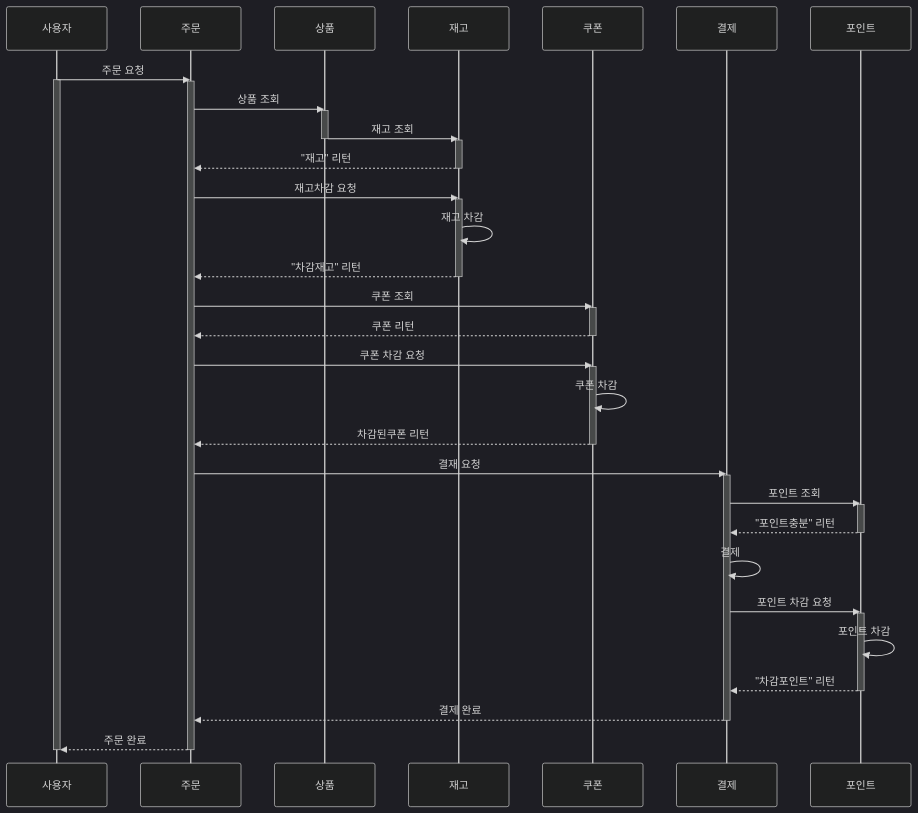
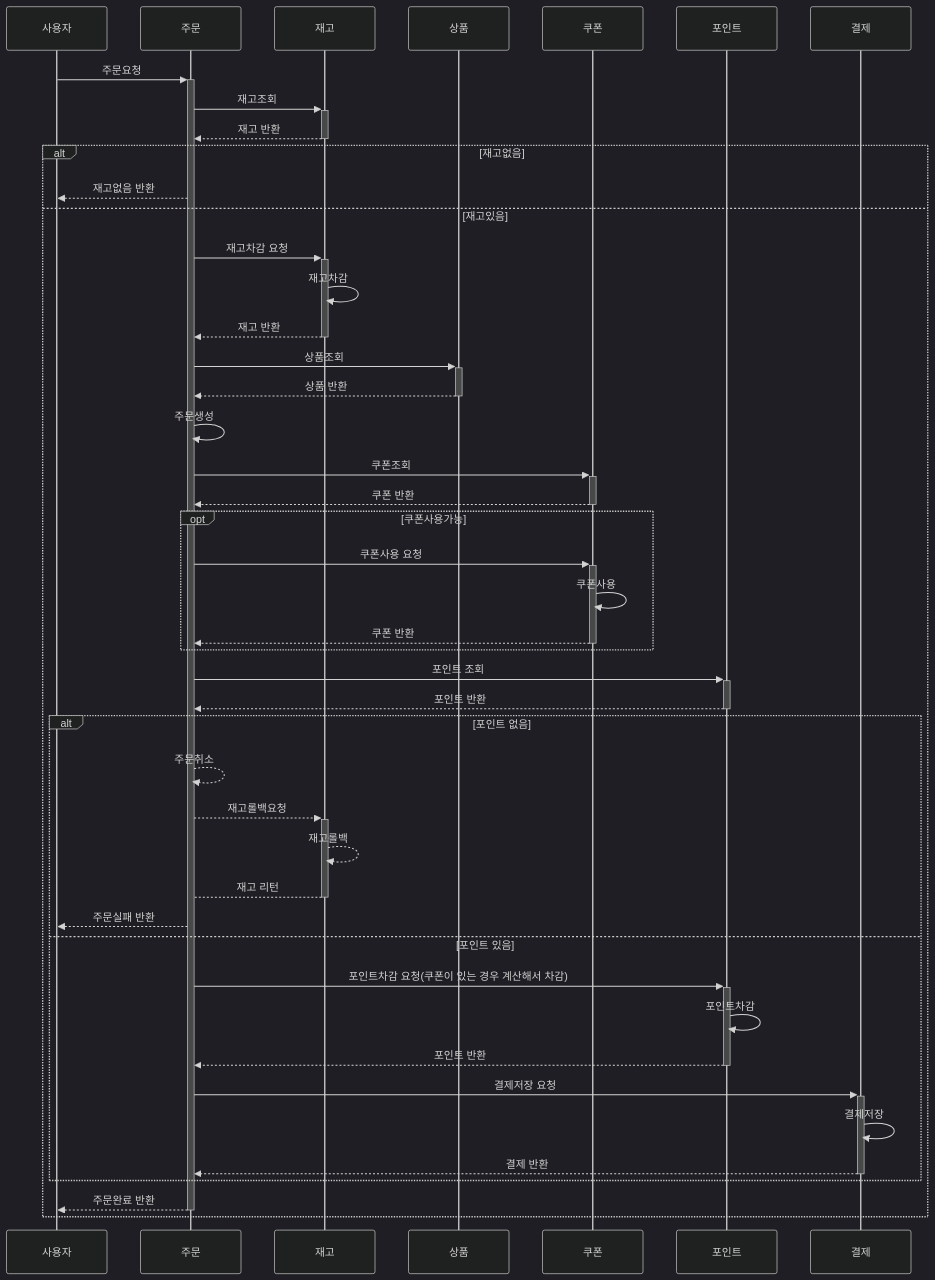
Before and after one commit to chapakook/kotlin-ecommerce: the fifth of 6 diagrams in docs/sequence-diagram.md, drawn with Mermaid (dark theme). The commit also changed other lines of this file, not shown here.

Commit message:
[DOC] 시퀀스다이어그램 업데이트 - 주문 시퀀스 간소화

````diff
--- a/docs/sequence-diagram.md
+++ b/docs/sequence-diagram.md
@@ -132,44 +103,40 @@
 ```mermaid
 sequenceDiagram
-    사용자 ->> 주문 : 주문 요청
-    activate 사용자
-    activate 주문
-    주문 ->> 상품 : 상품 조회
-    activate 상품
-    상품 ->> 재고 : 재고 조회
-    deactivate 상품
-    activate 재고
-    재고 -->> 주문 : "재고" 리턴
-    deactivate 재고
-    주문 ->> 재고 : 재고차감 요청
-    activate 재고
-    재고 ->> 재고 : 재고 차감
-    재고 -->> 주문 : "차감재고" 리턴
-    deactivate 재고
-    주문 ->> 쿠폰 : 쿠폰 조회
-    activate 쿠폰
-    쿠폰 -->> 주문 : 쿠폰 리턴
-    deactivate 쿠폰
-    주문 ->> 쿠폰 : 쿠폰 차감 요청
-    activate 쿠폰
-    쿠폰 ->> 쿠폰 : 쿠폰 차감
-    쿠폰 -->> 주문 : 차감된쿠폰 리턴
-    deactivate 쿠폰
-    주문 ->> 결제 : 결재 요청
-    activate 결제
-    결제 ->> 포인트 : 포인트 조회
-    activate 포인트
-    포인트 -->> 결제 : "포인트충분" 리턴
-    deactivate 포인트
-    결제 ->> 결제 : 결제
-    결제 ->> 포인트 : 포인트 차감 요청
-    activate 포인트
-    포인트 ->> 포인트 : 포인트 차감
-    포인트 -->> 결제 : "차감포인트" 리턴
-    deactivate 포인트
-    결제 -->> 주문 : 결제 완료
-    deactivate 결제
-    주문 -->> 사용자 : 주문 완료
-    deactivate 주문
-    deactivate 사용자
+    사용자 ->> +주문: 주문요청
+    주문 ->> +재고: 재고조회
+    재고 -->> -주문: 재고 반환
+    alt 재고없음
+        주문 -->> 사용자: 재고없음 반환
+    else 재고있음
+        주문 ->> +재고: 재고차감 요청
+        재고 ->> 재고: 재고차감
+        재고 -->> -주문: 재고 반환
+        주문 ->> +상품: 상품조회
+        상품 -->> -주문: 상품 반환
+        주문 ->> 주문: 주문생성
+        주문 ->> +쿠폰: 쿠폰조회
+        쿠폰 -->> -주문: 쿠폰 반환
+        opt 쿠폰사용가능
+            주문 ->> +쿠폰: 쿠폰사용 요청
+            쿠폰 ->> 쿠폰: 쿠폰사용
+            쿠폰 -->> -주문: 쿠폰 반환
+        end
+        주문 ->> +포인트: 포인트 조회
+        포인트 -->> -주문: 포인트 반환
+        alt 포인트 없음
+            주문 -->> 주문: 주문취소
+            주문 -->> +재고: 재고롤백요청
+            재고 -->> 재고: 재고롤백
+            재고 --> -주문: 재고 리턴
+            주문 -->> 사용자: 주문실패 반환
+        else 포인트 있음
+            주문 ->> +포인트: 포인트차감 요청(쿠폰이 있는 경우 계산해서 차감)
+            포인트 ->> 포인트: 포인트차감
+            포인트 -->> -주문: 포인트 반환
+            주문 ->> +결제: 결제저장 요청
+            결제 ->> 결제: 결제저장
+            결제 -->> -주문: 결제 반환
+        end
+        주문 -->> -사용자: 주문완료 반환
+    end
 ```
````
